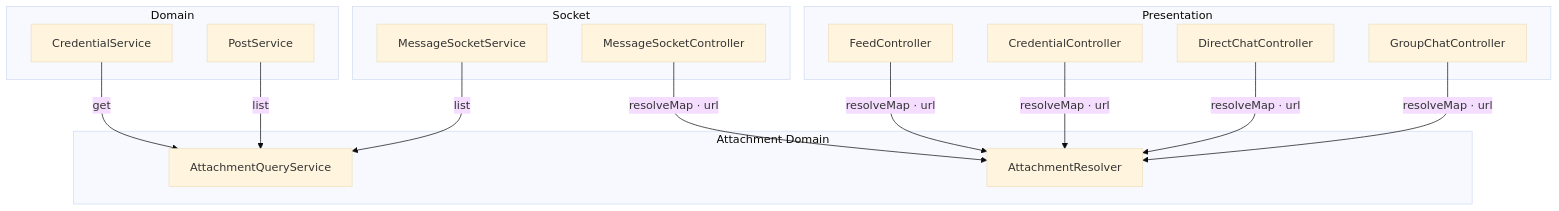
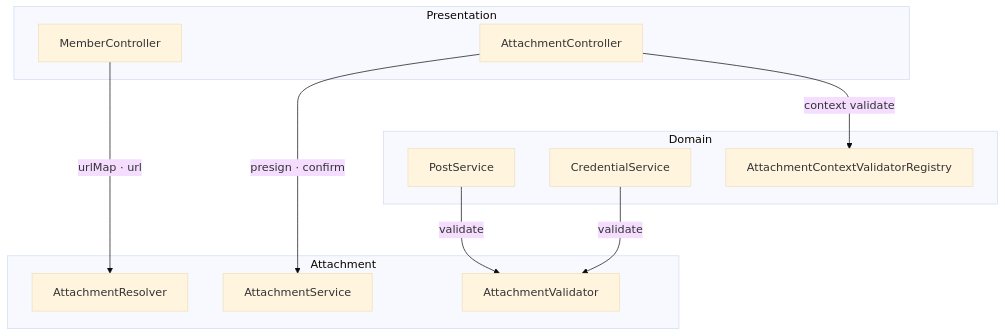
The fifth of 6 diagrams in apps/api/docs/project-structure.md (mortonCareer/bconnect), drawn with Mermaid (base theme) before and after one commit. The commit also changed other lines of this file and 1 other file, not shown here.

Commit message:
docs(api): attachment 모듈 분리 및 첨부 패턴 반영

````diff
--- a/apps/api/docs/project-structure.md
+++ b/apps/api/docs/project-structure.md
@@ -134,30 +135,22 @@
 ```mermaid
 graph TD
   subgraph Presentation
-    GChatC[GroupChatController]
-    DChatC[DirectChatController]
-    CredC[CredentialController]
-    FeedC[FeedController]
+    MemberC[MemberController]
+    AttC[AttachmentController]
   end
   subgraph Domain
     PostS[PostService]
     CredS[CredentialService]
+    Reg[AttachmentContextValidatorRegistry]
   end
-  subgraph Socket
-    MsgC[MessageSocketController]
-    MsgS[MessageSocketService]
-  end
-  subgraph Attachment["Attachment Domain"]
-    AttQ[AttachmentQueryService]
+  subgraph Attachment
     AttR[AttachmentResolver]
+    AttS[AttachmentService]
+    AttV[AttachmentValidator]
   end
 
-  GChatC -->|resolveMap · url| AttR
-  DChatC -->|resolveMap · url| AttR
-  CredC -->|resolveMap · url| AttR
-  FeedC -->|resolveMap · url| AttR
-  MsgC -->|resolveMap · url| AttR
-  MsgS -->|list| AttQ
-  PostS -->|list| AttQ
-  CredS -->|get| AttQ
+  MemberC -->|urlMap · url| AttR
+  AttC -->|presign · confirm| AttS
+  AttC -->|context validate| Reg
+  PostS & CredS -->|validate| AttV
 ```
````
